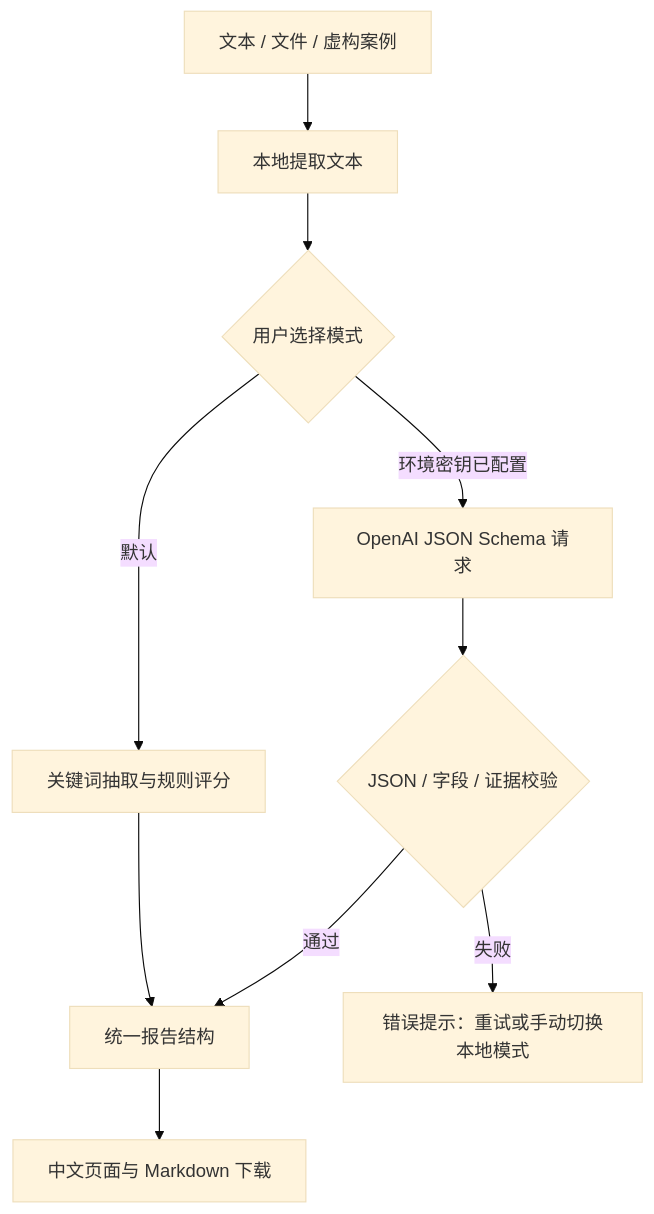
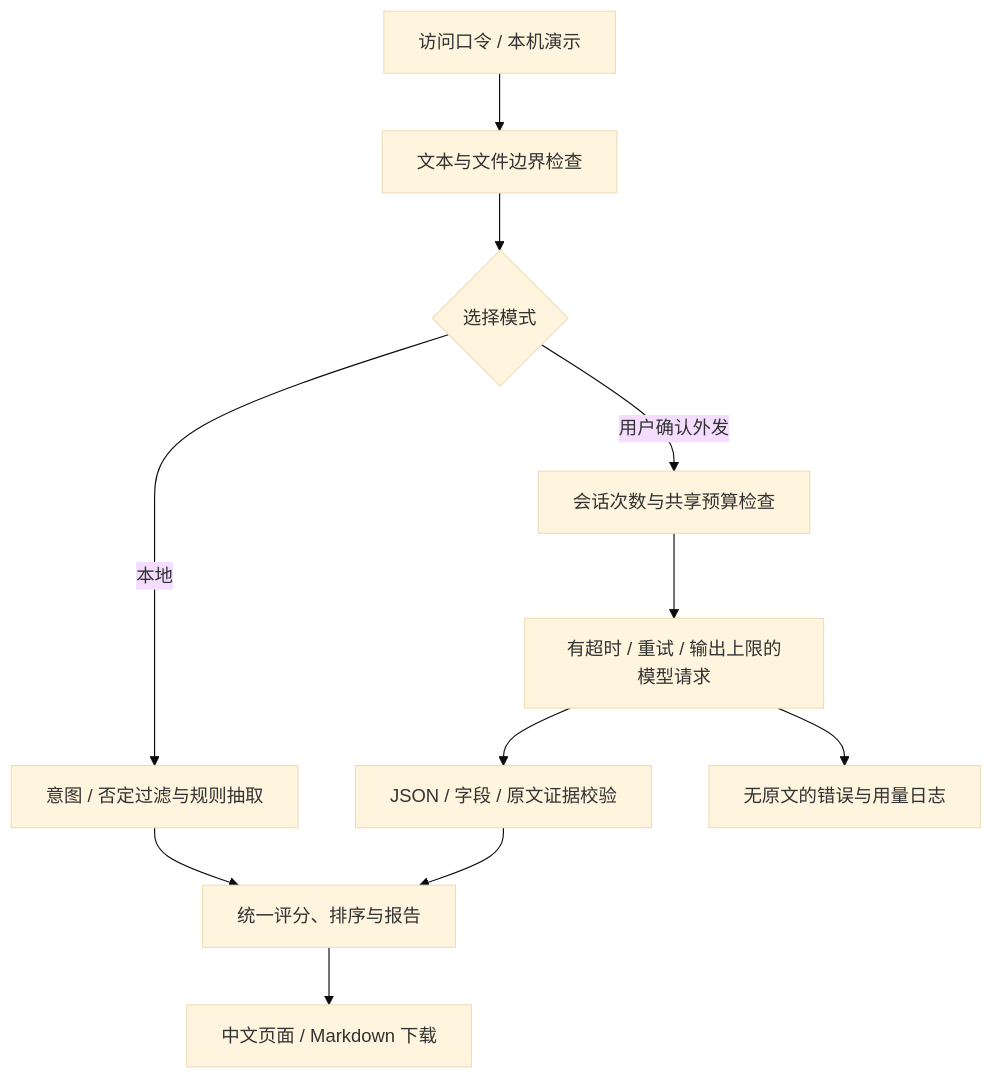
One commit to sunan404/ai-business-solution-agent changed the diagram in README.md. Above: the diagram before and after it, drawn with Mermaid (base theme). The commit also changed other lines of this file and 60 other files, not shown here.

````diff
--- a/README.md
+++ b/README.md
@@ -38,12 +42,13 @@
 ```mermaid
 flowchart TD
-    A[文本 / 文件 / 虚构案例] --> B[本地提取文本]
-    B --> C{用户选择模式}
-    C -->|默认| D[关键词抽取与规则评分]
-    C -->|环境密钥已配置| E[OpenAI JSON Schema 请求]
-    E --> F{JSON / 字段 / 证据校验}
-    F -->|通过| G[统一报告结构]
-    F -->|失败| H[错误提示：重试或手动切换本地模式]
-    D --> G
-    G --> I[中文页面与 Markdown 下载]
+    A[访问口令 / 本机演示] --> B[文本与文件边界检查]
+    B --> C{选择模式}
+    C -->|本地| D[意图 / 否定过滤与规则抽取]
+    C -->|用户确认外发| E[会话次数与共享预算检查]
+    E --> F[有超时 / 重试 / 输出上限的模型请求]
+    F --> G[JSON / 字段 / 原文证据校验]
+    D --> H[统一评分、排序与报告]
+    G --> H
+    H --> I[中文页面 / Markdown 下载]
+    F --> J[无原文的错误与用量日志]
 ```
````
